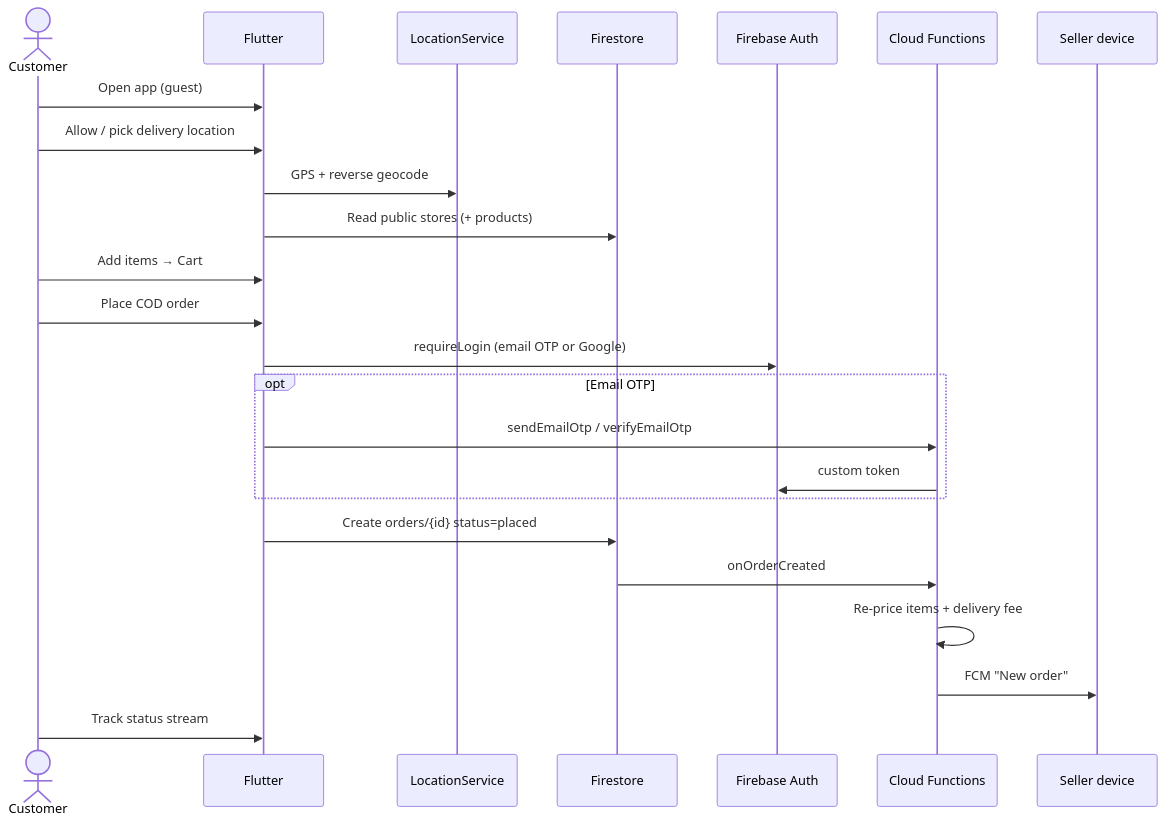
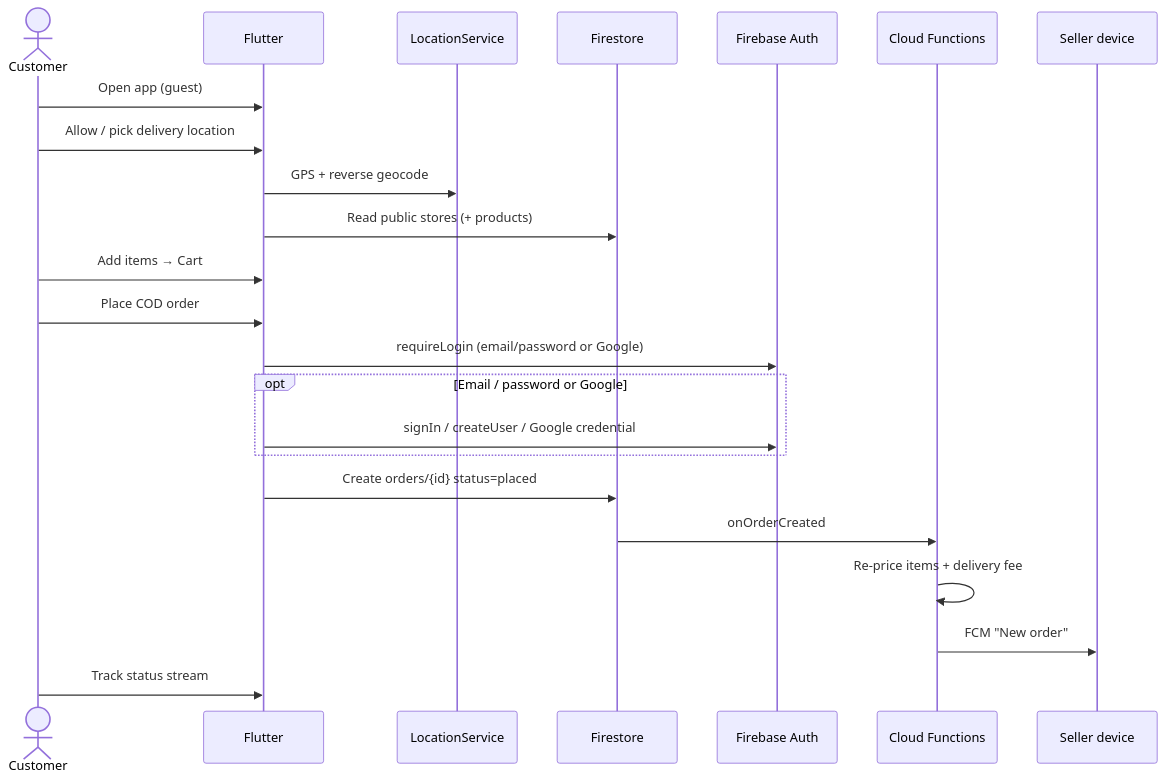
One commit to codecrafteryt/paanipe changed the fifth of 12 diagrams in README.md. Above: the diagram before and after it, drawn with Mermaid. The commit also changed other lines of this file and 17 other files, not shown here.

First line of the commit message:
feat: switch auth to Email/Password + Google on Firebase

````diff
--- a/README.md
+++ b/README.md
@@ -212,27 +210,26 @@
 ```mermaid
 sequenceDiagram
   actor U as Customer
   participant App as Flutter
   participant Loc as LocationService
   participant FS as Firestore
   participant Auth as Firebase Auth
   participant CF as Cloud Functions
   participant Seller as Seller device
 
   U->>App: Open app (guest)
   U->>App: Allow / pick delivery location
   App->>Loc: GPS + reverse geocode
   App->>FS: Read public stores (+ products)
   U->>App: Add items → Cart
   U->>App: Place COD order
-  App->>Auth: requireLogin (email OTP or Google)
-  opt Email OTP
-    App->>CF: sendEmailOtp / verifyEmailOtp
-    CF->>Auth: custom token
+  App->>Auth: requireLogin (email/password or Google)
+  opt Email / password or Google
+    App->>Auth: signIn / createUser / Google credential
   end
   App->>FS: Create orders/{id} status=placed
   FS->>CF: onOrderCreated
   CF->>CF: Re-price items + delivery fee
   CF->>Seller: FCM "New order"
   U->>App: Track status stream
 ```
````
